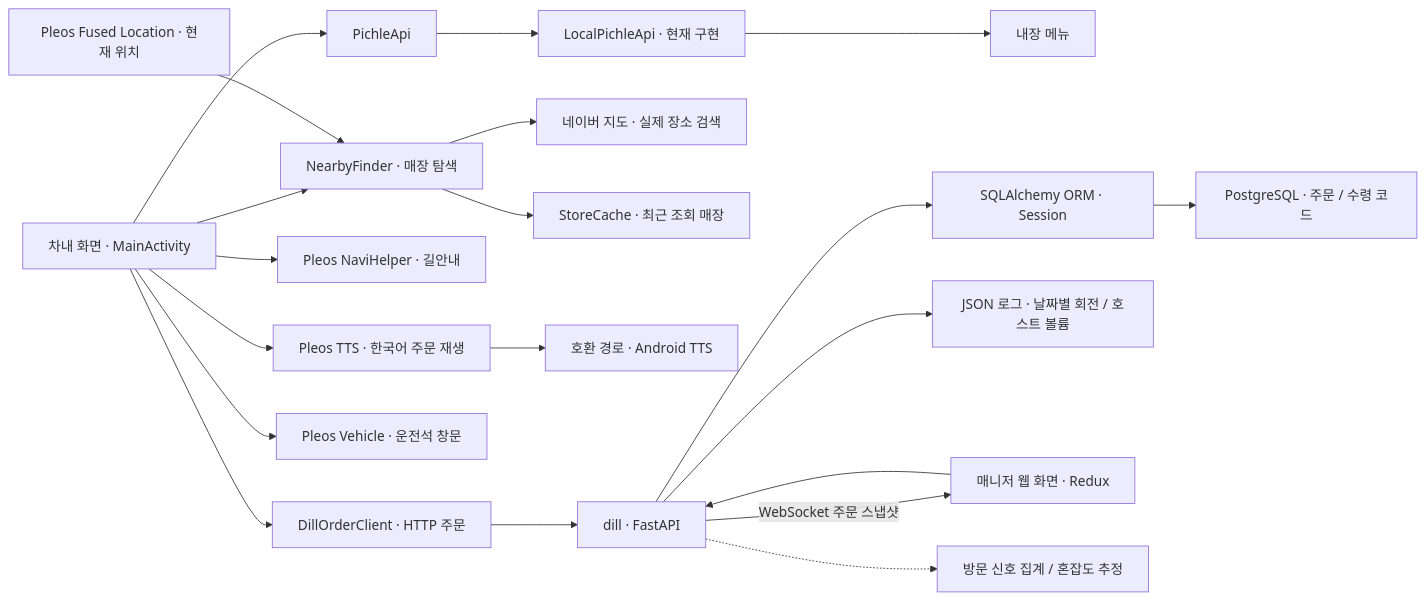
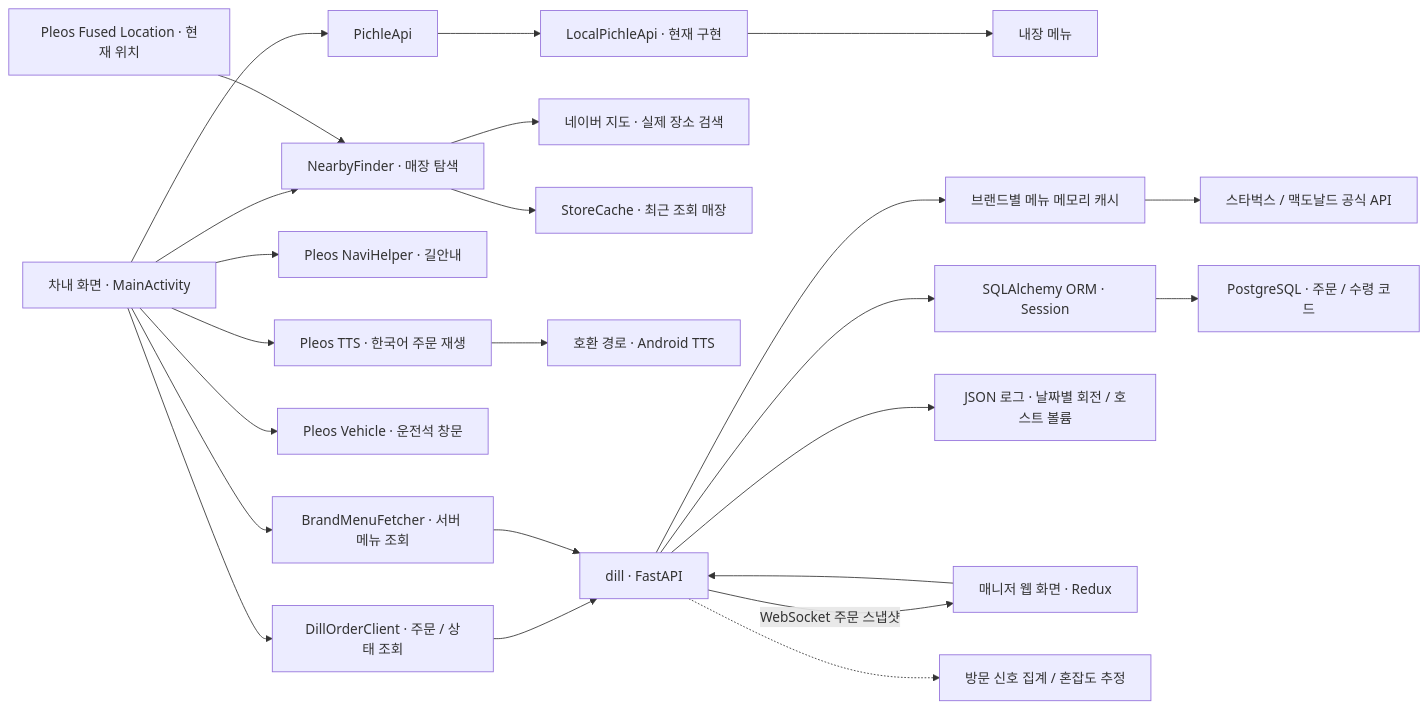
One commit to miho73/pichle changed the diagram in README.md. Above: the diagram before and after it, drawn with Mermaid. The commit also changed other lines of this file and 13 other files, not shown here.

````diff
--- a/README.md
+++ b/README.md
@@ -87,22 +91,26 @@
 ```mermaid
 flowchart LR
     UI["차내 화면 · MainActivity"] --> API["PichleApi"]
     API --> LOCAL["LocalPichleApi · 현재 구현"]
     LOCAL --> DATA["내장 메뉴"]
     UI --> NEARBY["NearbyFinder · 매장 탐색"]
     LOCATION["Pleos Fused Location · 현재 위치"] --> NEARBY
     NEARBY --> PLACES["네이버 지도 · 실제 장소 검색"]
     NEARBY --> CACHE["StoreCache · 최근 조회 매장"]
     UI --> NAV["Pleos NaviHelper · 길안내"]
     UI --> TTS["Pleos TTS · 한국어 주문 재생"]
     TTS --> FALLBACK["호환 경로 · Android TTS"]
     UI --> WINDOW["Pleos Vehicle · 운전석 창문"]
-    UI --> HTTP["DillOrderClient · HTTP 주문"]
+    UI --> HTTP["DillOrderClient · 주문 / 상태 조회"]
     HTTP --> SERVER["dill · FastAPI"]
+    UI --> MENU["BrandMenuFetcher · 서버 메뉴 조회"]
+    MENU --> SERVER
+    SERVER --> MENUCACHE["브랜드별 메뉴 메모리 캐시"]
+    MENUCACHE --> OFFICIAL["스타벅스 / 맥도날드 공식 API"]
     SERVER --> ORM["SQLAlchemy ORM · Session"]
     ORM --> DATABASE["PostgreSQL · 주문 / 수령 코드"]
     SERVER --> LOGS["JSON 로그 · 날짜별 회전 / 호스트 볼륨"]
     MANAGER["매니저 웹 화면 · Redux"] --> SERVER
     SERVER -- "WebSocket 주문 스냅샷" --> MANAGER
     SERVER -.-> ESTIMATE["방문 신호 집계 / 혼잡도 추정"]
 ```
````
